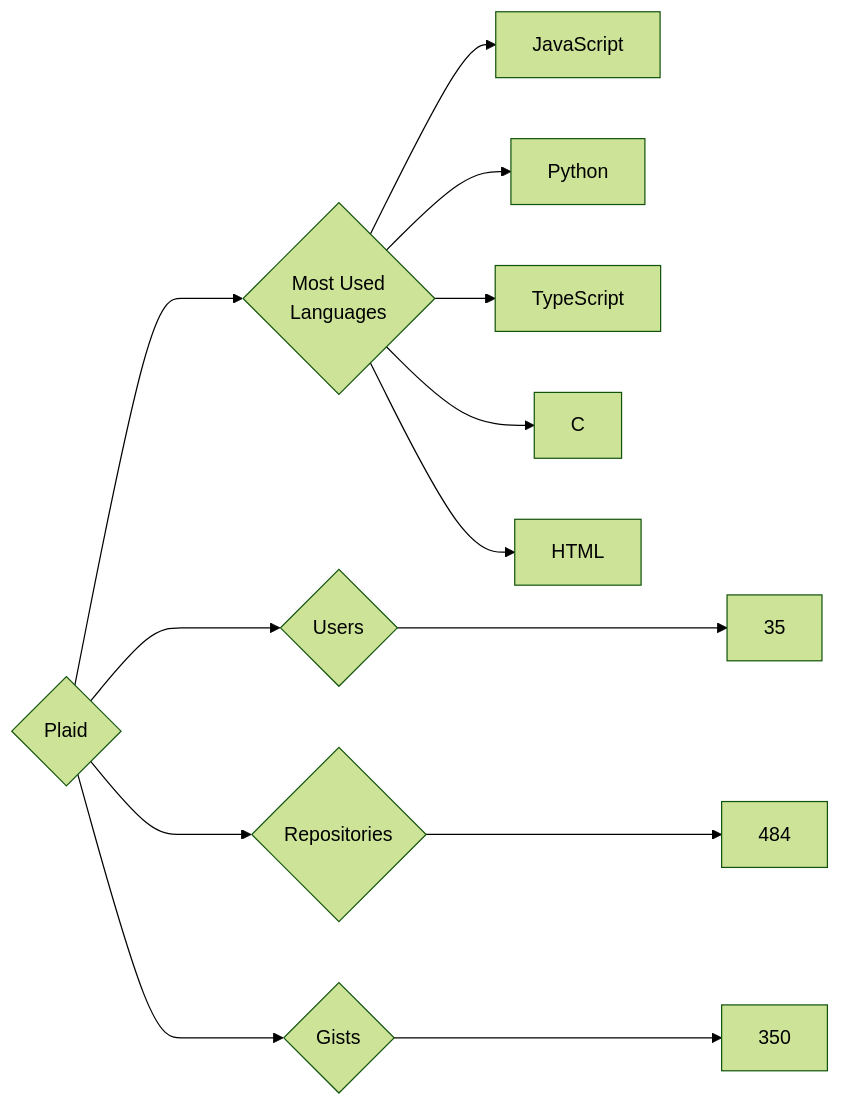
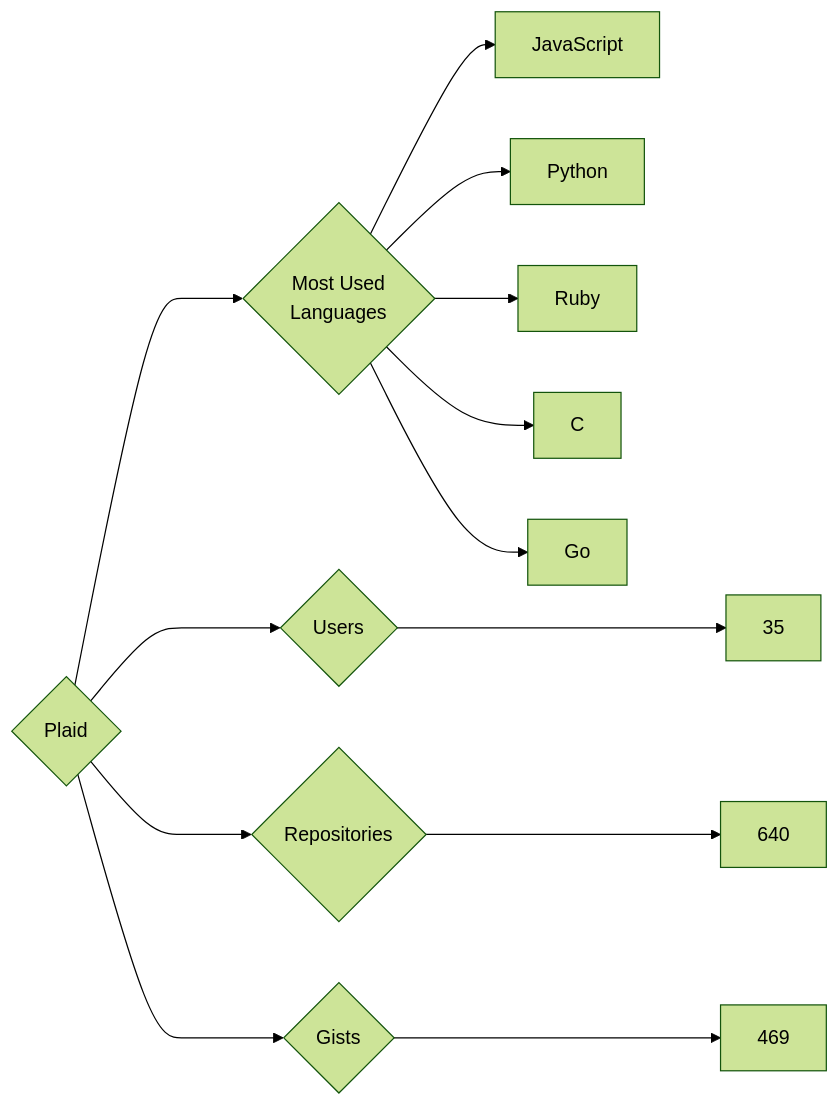
Before and after one commit to trickest/insiders: the diagram in targets/Plaid/README.md, drawn with Mermaid (forest theme). The commit also changed 878 other files, not shown here.

````diff
--- a/targets/Plaid/README.md
+++ b/targets/Plaid/README.md
@@ -3,13 +3,13 @@
 ```mermaid
 graph LR
 COMPANY_NAME{Plaid}
 COMPANY_NAME ---> U{Users} ---> UN[35]
-COMPANY_NAME ---> R{Repositories} ---> RN[484]
-COMPANY_NAME ---> G{Gists} ---> GN[350]
+COMPANY_NAME ---> R{Repositories} ---> RN[640]
+COMPANY_NAME ---> G{Gists} ---> GN[469]
 COMPANY_NAME ---> ML{Most Used<br>Languages}
 ML --> JavaScript[JavaScript]
 ML --> Python[Python]
-ML --> TypeScript[TypeScript]
+ML --> Ruby[Ruby]
 ML --> C[C]
-ML --> HTML[HTML]
+ML --> Go[Go]
 ```
````
